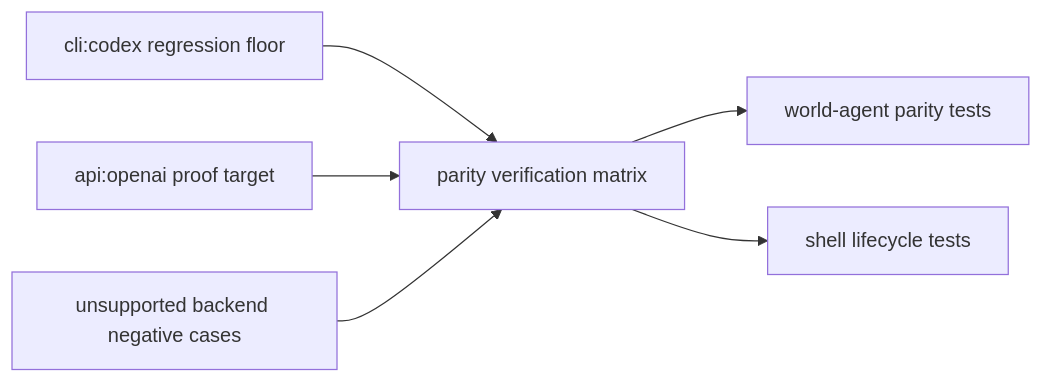
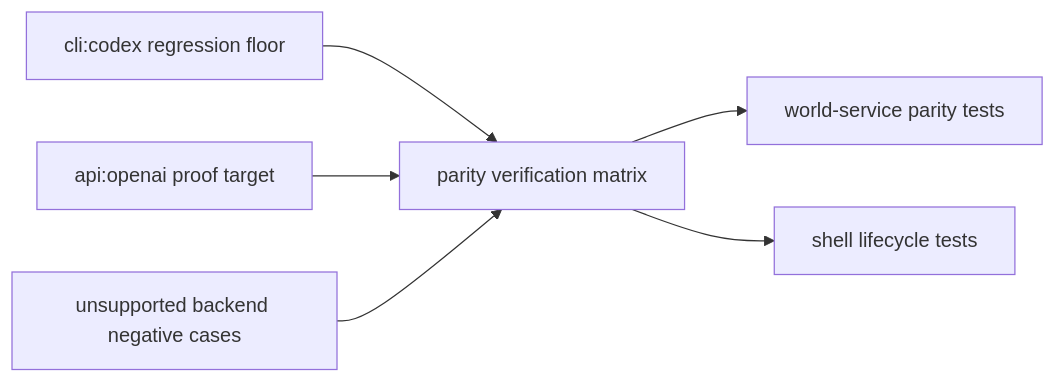
One commit to atomize-hq/substrate changed the first of 2 diagrams in docs/project_management/packs/draft/gateway-backend-selection-runtime-integration-fse/threaded-seams/seam-3-parity-validation-and-rollout/review.md. Above: the diagram before and after it, drawn with Mermaid. The commit also changed other lines of this file and 590 other files, not shown here.

````diff
--- a/docs/project_management/packs/draft/gateway-backend-selection-runtime-integration-fse/threaded-seams/seam-3-parity-validation-and-rollout/review.md
+++ b/docs/project_management/packs/draft/gateway-backend-selection-runtime-integration-fse/threaded-seams/seam-3-parity-validation-and-rollout/review.md
@@ -20,8 +20,8 @@
 ```mermaid
 flowchart LR
   COD["cli:codex regression floor"] --> MATRIX["parity verification matrix"]
   API["api:openai proof target"] --> MATRIX
   UNSUP["unsupported backend negative cases"] --> MATRIX
-  MATRIX --> RUNTIME["world-agent parity tests"]
+  MATRIX --> RUNTIME["world-service parity tests"]
   MATRIX --> SHELL["shell lifecycle tests"]
 ```
````
